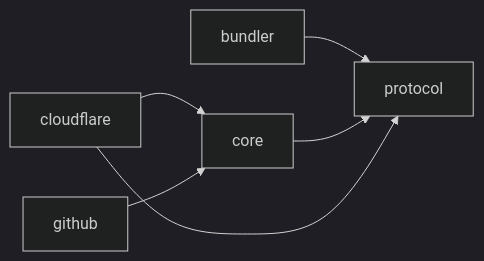
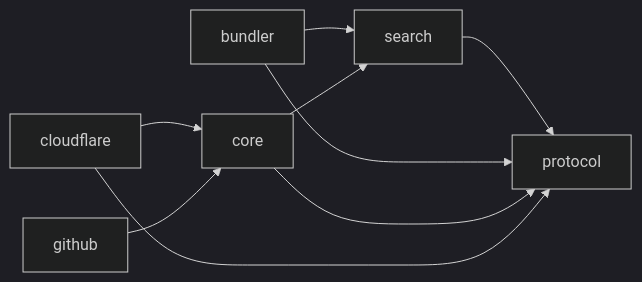
Before and after one commit to C2verse/kemian: the diagram in packages/server/src/README.md, drawn with Mermaid (dark theme). The commit also changed other lines of this file and 31 other files, not shown here.

````diff
--- a/packages/server/src/README.md
+++ b/packages/server/src/README.md
@@ -5,9 +5,12 @@
 ```mermaid
 flowchart LR
   protocol
+  search --> protocol
   bundler --> protocol
+  bundler --> search
   core --> protocol
+  core --> search
   cloudflare --> core
   cloudflare --> protocol
   github --> core
 ```
````
